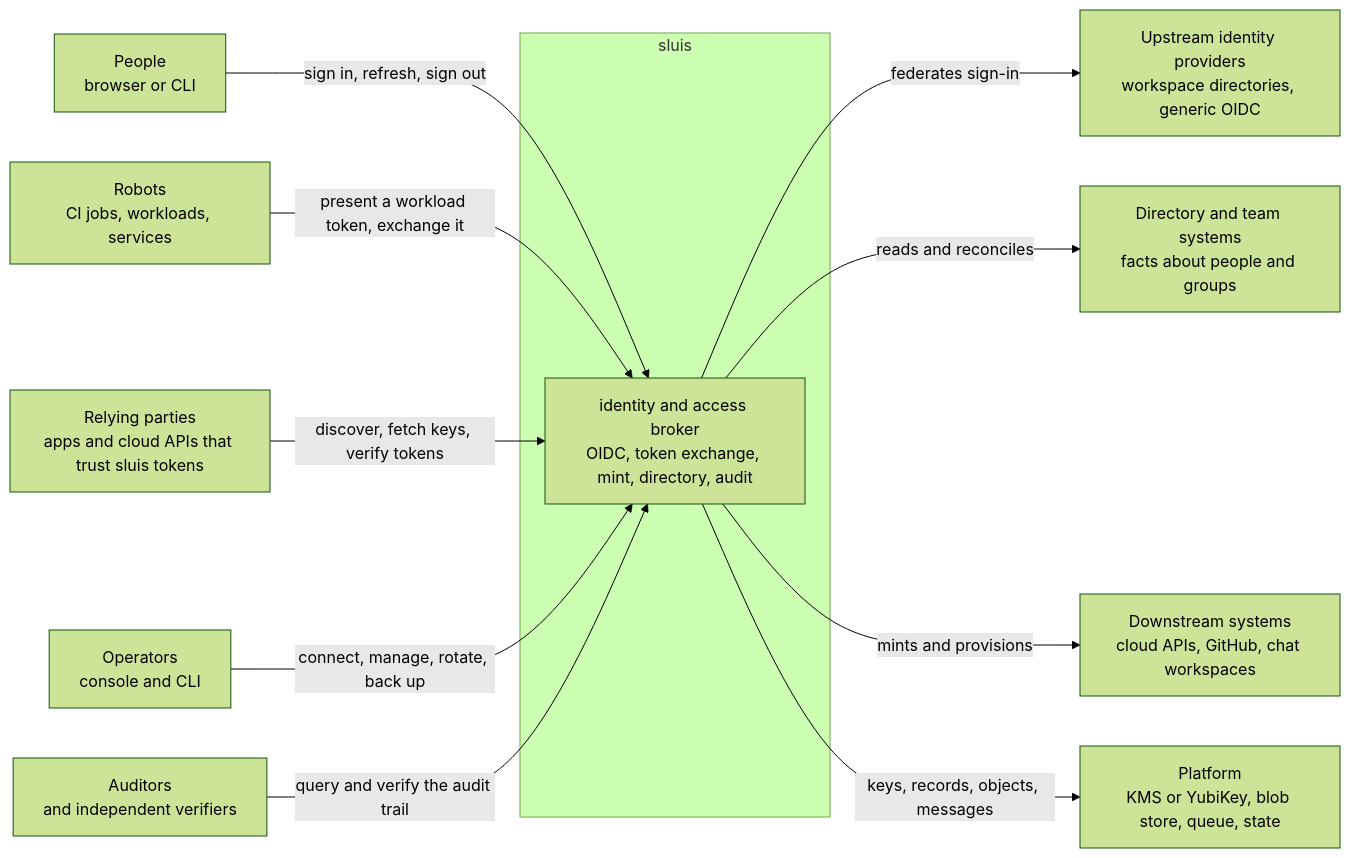
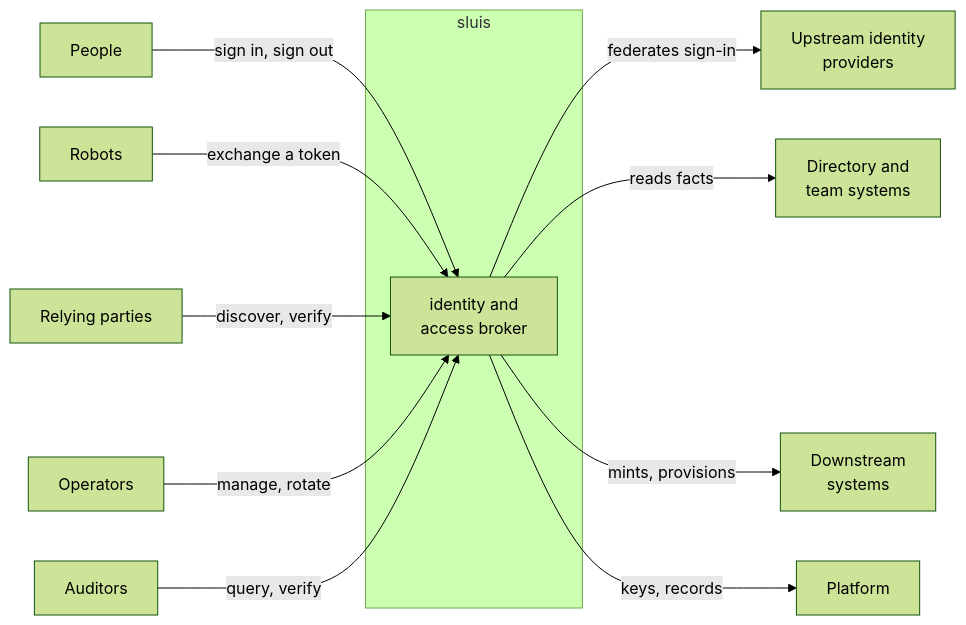
The first of 5 diagrams in docs/architecture/context.md (truvity/sluis), drawn with Mermaid (forest theme) before and after one commit. The commit also changed other lines of this file and 6 other files, not shown here.

First line of the commit message:
docs(site): split oversized diagrams into steps and shorten labels

````diff
--- a/docs/architecture/context.md
+++ b/docs/architecture/context.md
@@ -13,28 +13,28 @@
 ```mermaid
 flowchart LR
-  person["People<br/>browser or CLI"]
-  robot["Robots<br/>CI jobs, workloads, services"]
-  rp["Relying parties<br/>apps and cloud APIs that trust sluis tokens"]
-  op["Operators<br/>console and CLI"]
-  aud["Auditors<br/>and independent verifiers"]
+  person["People"]
+  robot["Robots"]
+  rp["Relying parties"]
+  op["Operators"]
+  aud["Auditors"]
 
   subgraph sluis_boundary["sluis"]
-    sluis["identity and access broker<br/>OIDC, token exchange, mint, directory, audit"]
+    sluis["identity and<br/>access broker"]
   end
 
-  up["Upstream identity providers<br/>workspace directories, generic OIDC"]
-  facts["Directory and team systems<br/>facts about people and groups"]
-  vendors["Downstream systems<br/>cloud APIs, GitHub, chat workspaces"]
-  platform["Platform<br/>KMS or YubiKey, blob store, queue, state"]
+  up["Upstream identity<br/>providers"]
+  facts["Directory and<br/>team systems"]
+  vendors["Downstream<br/>systems"]
+  platform["Platform"]
 
-  person -->|"sign in, refresh, sign out"| sluis
-  robot -->|"present a workload token, exchange it"| sluis
-  rp -->|"discover, fetch keys, verify tokens"| sluis
-  op -->|"connect, manage, rotate, back up"| sluis
-  aud -->|"query and verify the audit trail"| sluis
+  person -->|"sign in, sign out"| sluis
+  robot -->|"exchange a token"| sluis
+  rp -->|"discover, verify"| sluis
+  op -->|"manage, rotate"| sluis
+  aud -->|"query, verify"| sluis
 
   sluis -->|"federates sign-in"| up
-  sluis -->|"reads and reconciles"| facts
-  sluis -->|"mints and provisions"| vendors
-  sluis -->|"keys, records, objects, messages"| platform
+  sluis -->|"reads facts"| facts
+  sluis -->|"mints, provisions"| vendors
+  sluis -->|"keys, records"| platform
 ```
````
